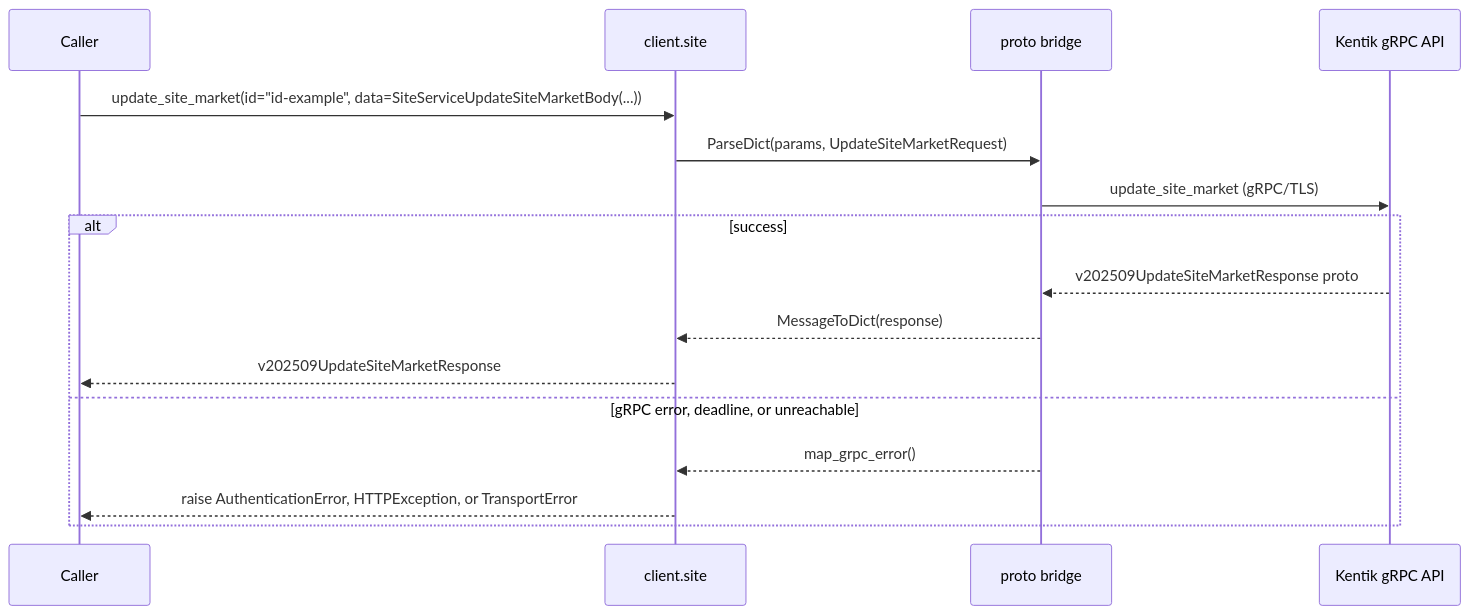
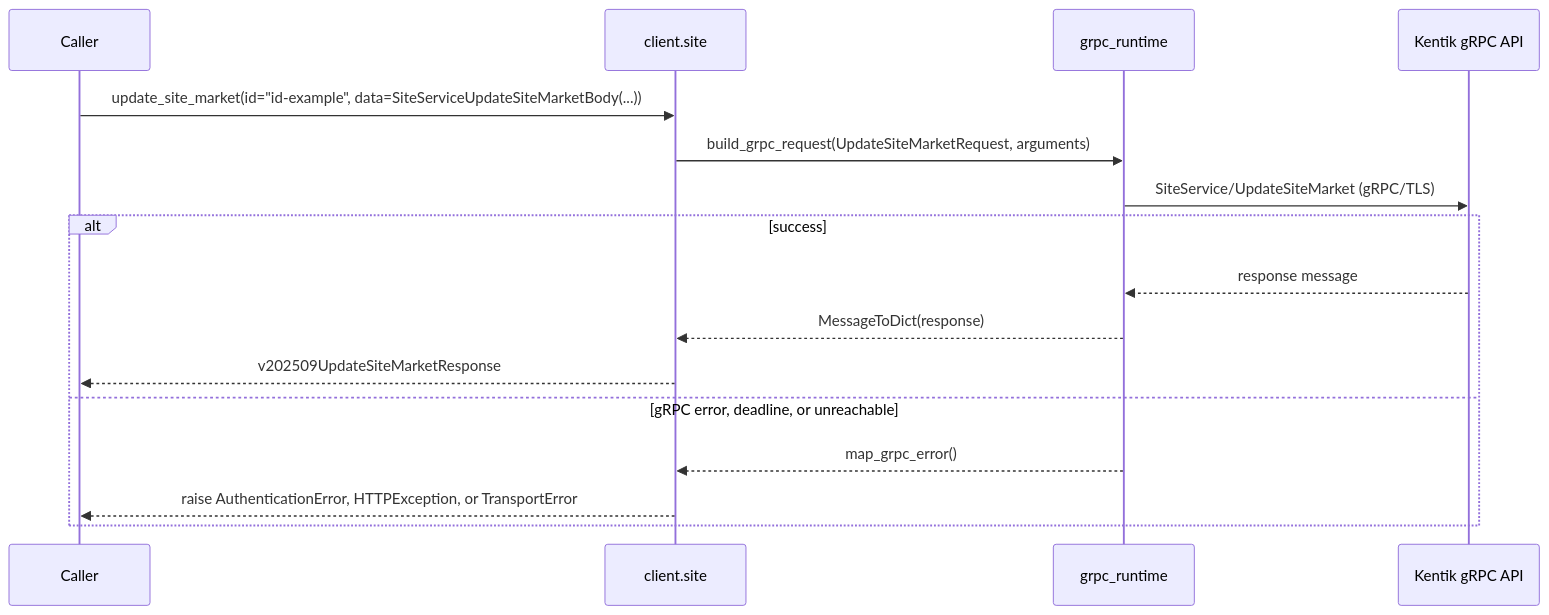
Before and after one commit to alexdearaujo/community_sdk_python: the ninth of 22 diagrams in docs/sphinx/services/site.md, drawn with Mermaid. The commit also changed other lines of this file and 37 other files, not shown here.

First line of the commit message:
docs: show the real RPC in each service page's gRPC diagram

````diff
--- a/docs/sphinx/services/site.md
+++ b/docs/sphinx/services/site.md
@@ -279,19 +279,19 @@
 ```mermaid
 sequenceDiagram
     participant C as Caller
     participant W as client.site
-    participant B as proto bridge
+    participant R as grpc_runtime
     participant API as Kentik gRPC API
 
     C->>W: update_site_market(id="id-example", data=SiteServiceUpdateSiteMarketBody(...))
-    W->>B: ParseDict(params, UpdateSiteMarketRequest)
-    B->>API: update_site_market (gRPC/TLS)
+    W->>R: build_grpc_request(UpdateSiteMarketRequest, arguments)
+    R->>API: SiteService/UpdateSiteMarket (gRPC/TLS)
     alt success
-        API-->>B: v202509UpdateSiteMarketResponse proto
-        B-->>W: MessageToDict(response)
+        API-->>R: response message
+        R-->>W: MessageToDict(response)
         W-->>C: v202509UpdateSiteMarketResponse
     else gRPC error, deadline, or unreachable
-        B-->>W: map_grpc_error()
+        R-->>W: map_grpc_error()
         W-->>C: raise AuthenticationError, HTTPException, or TransportError
     end
 ```
````
